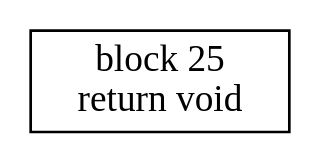
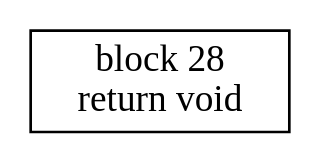
The diagram in testcases/Object().dot (FGiuliari/elaborato-kitten), drawn with Graphviz before and after one commit. The commit also changed 28 other files, not shown here.

```diff
--- a/testcases/Object().dot
+++ b/testcases/Object().dot
@@ -1,4 +1,4 @@
 digraph "Object()" {
 size = "11,7.5";
-codeblock_25 [ shape = box, label = "block 25\nreturn void"];
+codeblock_28 [ shape = box, label = "block 28\nreturn void"];
 }
```
